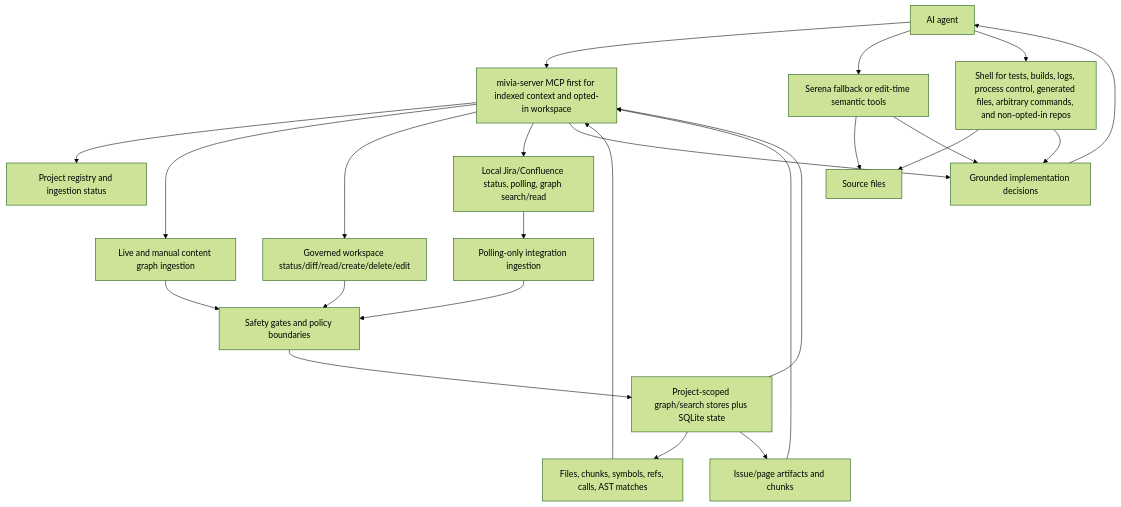
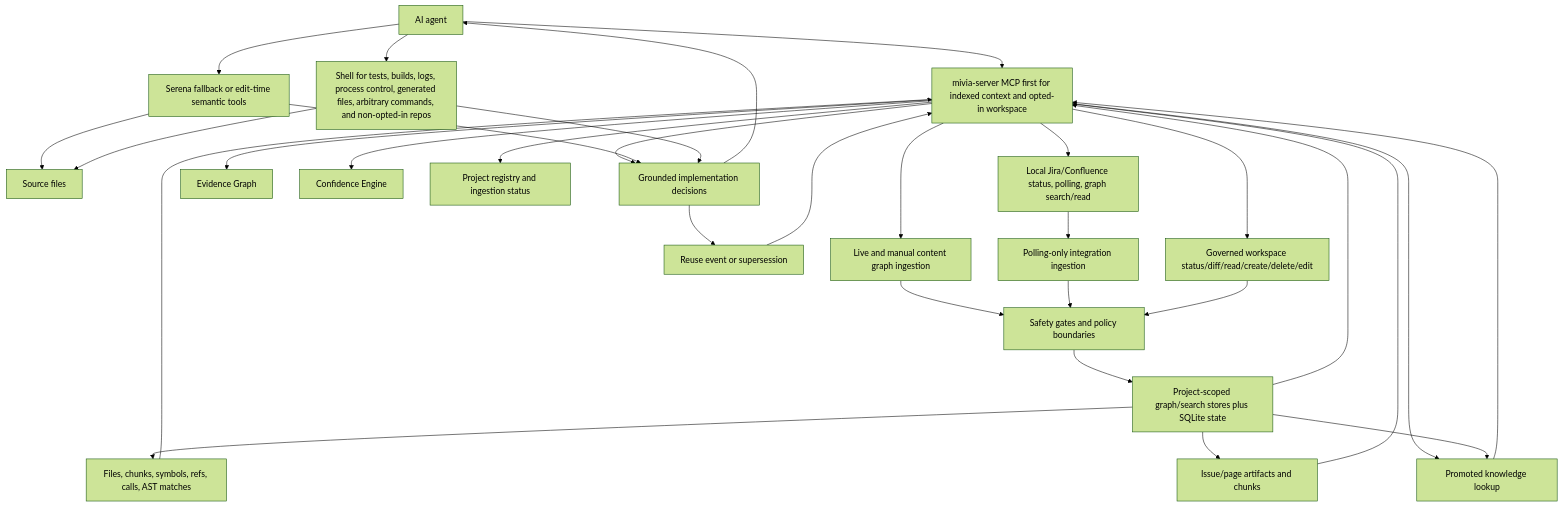
One commit to MiviaLabs/go-mivia changed the third of 4 diagrams in README.md. Above: the diagram before and after it, drawn with Mermaid (forest theme). The commit also changed other lines of this file, not shown here.

````diff
--- a/README.md
+++ b/README.md
@@ -224,42 +244,53 @@
 ```mermaid
 flowchart TB
   Agent["AI agent"]
   MCP["mivia-server MCP first for indexed context and opted-in workspace"]
   Serena["Serena fallback or edit-time semantic tools"]
   Shell["Shell for tests, builds, logs, process control, generated files, arbitrary commands, and non-opted-in repos"]
   Source["Source files"]
   Workspace["Governed workspace status/diff/read/create/delete/edit"]
   Integrations["Local Jira/Confluence status, polling, graph search/read"]
+  Knowledge["Promoted knowledge lookup"]
+  Evidence["Evidence Graph"]
+  Confidence["Confidence Engine"]
+  Reuse["Reuse event or supersession"]
   Indexed["Files, chunks, symbols, refs, calls, AST matches"]
   IntegrationContext["Issue/page artifacts and chunks"]
   Registry["Project registry and ingestion status"]
   Ingestion["Live and manual content graph ingestion"]
   Polling["Polling-only integration ingestion"]
   Store["Project-scoped graph/search stores plus SQLite state"]
   Guardrails["Safety gates and policy boundaries"]
 
   Agent --> MCP
   MCP --> Registry
   MCP --> Ingestion
   MCP --> Workspace
   MCP --> Integrations
+  MCP --> Knowledge
+  MCP --> Evidence
+  MCP --> Confidence
   Ingestion --> Guardrails
   Integrations --> Polling
   Polling --> Guardrails
   Workspace --> Guardrails
   Guardrails --> Store
   Store --> Indexed
   Store --> IntegrationContext
+  Store --> Knowledge
   Indexed --> MCP
   IntegrationContext --> MCP
+  Knowledge --> MCP
   Store --> MCP
   Agent --> Serena
   Serena --> Source
   Agent --> Shell
   Shell --> Source
+  Decision --> Reuse
+  Reuse --> MCP
 
   MCP --> Decision["Grounded implementation decisions"]
   Serena --> Decision
   Shell --> Decision
   Decision --> Agent
 ```
````
